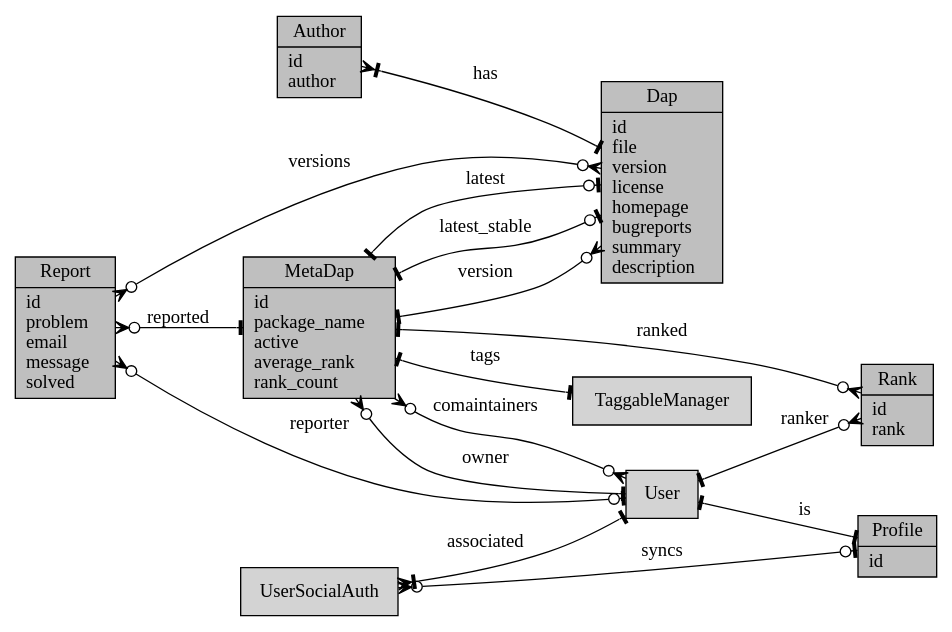
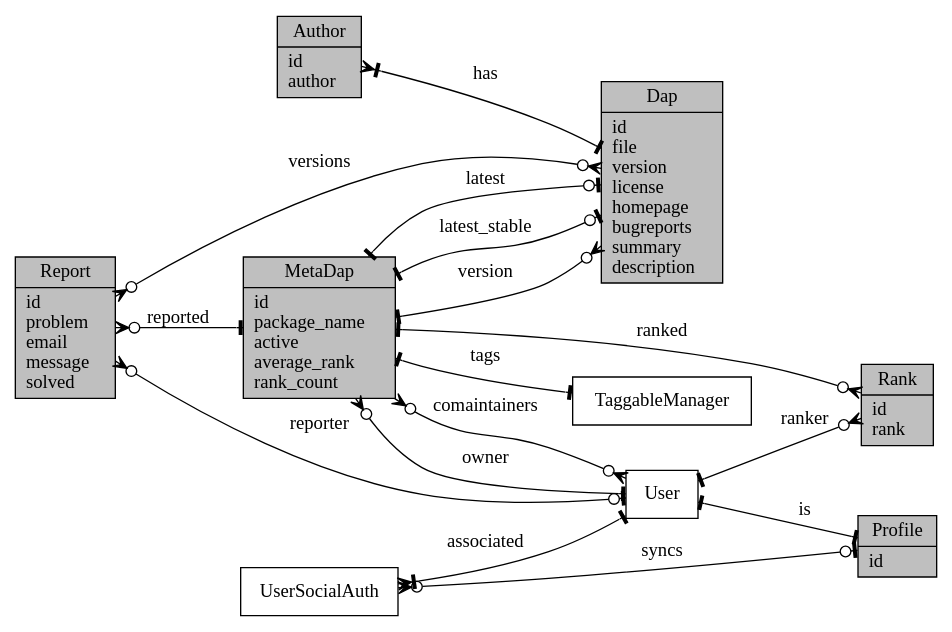
The diagram in pdfs/models.dot (hroncok/bakalarka), drawn with Graphviz before and after one commit. The commit also changed 2 other files, not shown here.

```diff
--- a/pdfs/models.dot
+++ b/pdfs/models.dot
@@ -1,30 +1,30 @@
 digraph ER {
   rankdir=LR;
   node [shape=record, fillcolor=grey75, style=filled, fontname="Linux Libertine O"];
     MetaDap[label="MetaDap|id\lpackage_name\lactive\laverage_rank\lrank_count\l"];
     Dap[label="Dap|id\lfile\lversion\llicense\lhomepage\lbugreports\lsummary\ldescription\l"];
     Author[label="Author|id\lauthor\l"];
     Profile[label="Profile|id\l"];
     Rank[label="Rank|id\lrank\l"];
     Report[label="Report|id\lproblem\lemail\lmessage\lsolved\l"];
-  node [fillcolor=lightgrey];
+  node [fillcolor=white];
     User;
     UserSocialAuth;
     TaggableManager;
   edge[dir=both, labelfontname="Linux Libertine O", fontname="Linux Libertine O"];
   User -> Profile [arrowhead=tee arrowtail=tee, label="is"];
   MetaDap -> User [arrowhead=tee arrowtail=crowodot, label="owner"];
   MetaDap -> User [arrowhead=crowodot arrowtail=crowodot, label="comaintainers"];
   MetaDap -> Dap [arrowhead=crowodot arrowtail=tee, label="version"];
   MetaDap -> Dap [arrowhead=teeodot arrowtail=tee, label="latest"];
   MetaDap -> Dap [arrowhead=teeodot arrowtail=tee, label="latest_stable"];
   Author -> Dap [arrowhead=tee arrowtail=crowtee, label="has"];
   Rank -> MetaDap [arrowhead=tee arrowtail=crowodot, label="ranked"];
   User -> Rank [arrowhead=crowodot arrowtail=tee, label="ranker"];
   UserSocialAuth -> Profile [arrowhead=teeodot arrowtail=crowodot, label="syncs"];
   UserSocialAuth -> User [arrowhead=tee arrowtail=crowtee, label="associated"];
   MetaDap -> TaggableManager [arrowhead=tee arrowtail=tee, label="tags"];
   Report -> MetaDap [arrowhead=tee arrowtail=crowodot, label="reported"];
   Report -> User [arrowhead=teeodot arrowtail=crowodot, label="reporter"];
   Report -> Dap [arrowhead=crowodot arrowtail=crowodot, label="versions"];
 }
```
